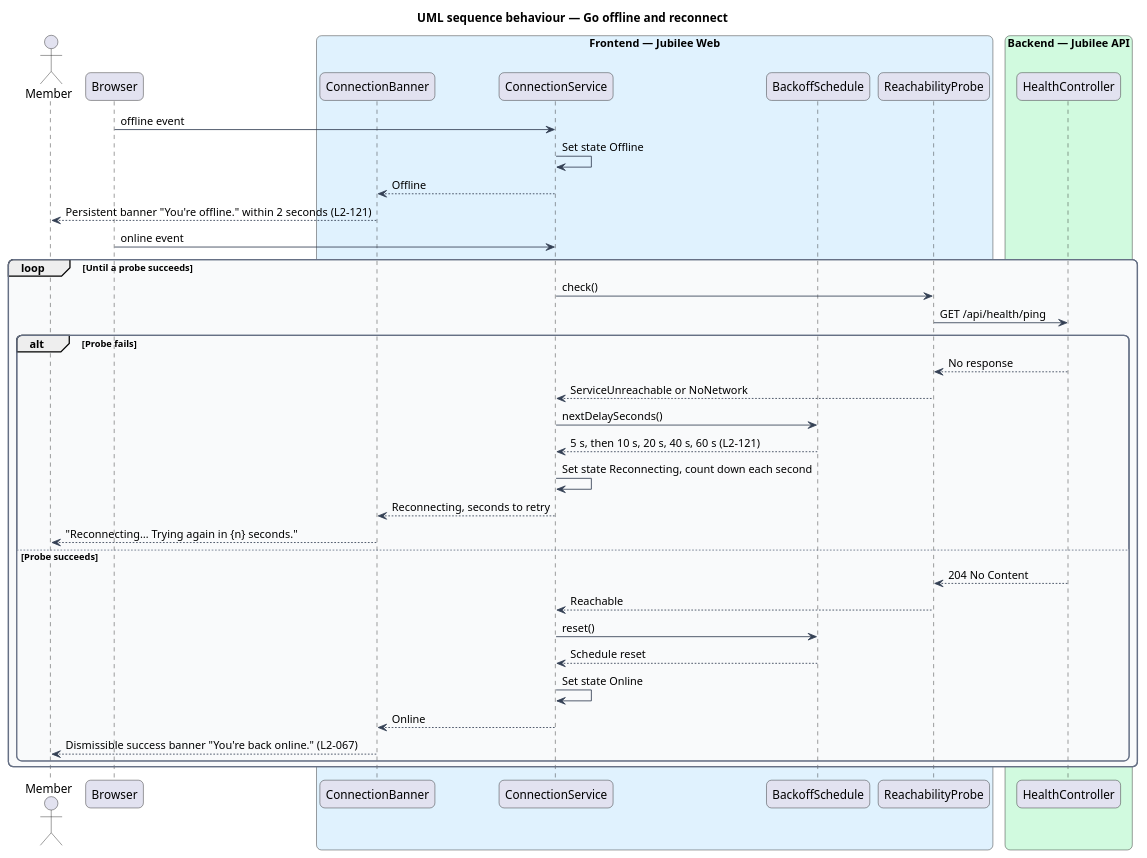
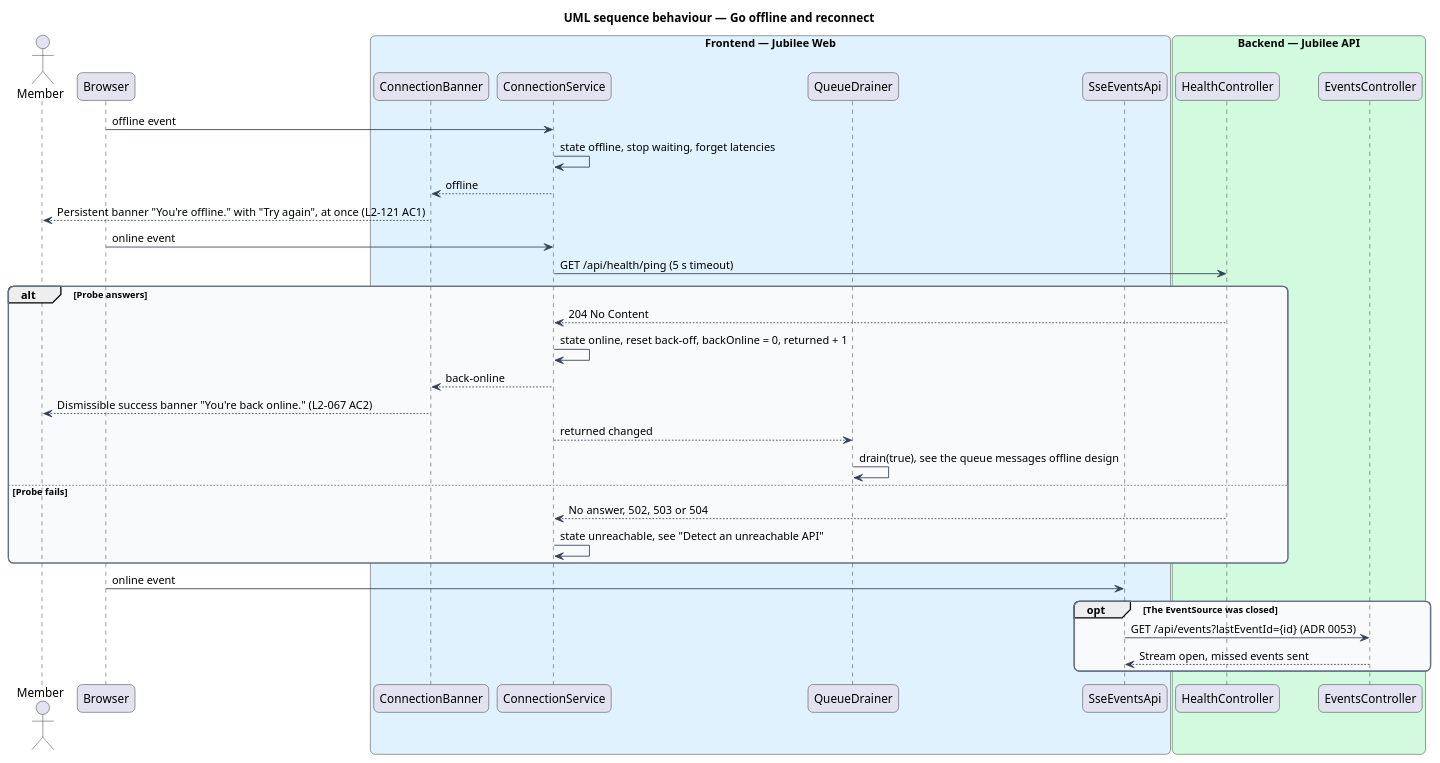
The diagram in docs/detailed-designs/offline/show-connection-state/diagrams/sequence-offline-and-reconnect.puml (QuinntyneBrown/jubilee), drawn with PlantUML before and after one commit. The commit also changed 50 other files, not shown here.

First line of the commit message:
Journey 24: requirements, ADR 0068 and the offline designs as built

```diff
--- a/docs/detailed-designs/offline/show-connection-state/diagrams/sequence-offline-and-reconnect.puml
+++ b/docs/detailed-designs/offline/show-connection-state/diagrams/sequence-offline-and-reconnect.puml
@@ -1,54 +1,51 @@
 @startuml
 title UML sequence behaviour — Go offline and reconnect
 skinparam backgroundColor #FFFFFF
 skinparam shadowing false
 skinparam roundcorner 12
 skinparam defaultFontName Arial
 skinparam ArrowColor #344054
 skinparam rectangle {
   BorderColor #344054
   FontColor #101828
 }
 skinparam package {
   BorderColor #667085
   FontColor #101828
   BackgroundColor #F9FAFB
 }
 actor "Member" as actor
 participant "Browser" as browser
 box "Frontend — Jubilee Web" #E0F2FE
   participant "ConnectionBanner" as banner
   participant "ConnectionService" as conn
-  participant "BackoffSchedule" as backoff
-  participant "ReachabilityProbe" as probe
+  participant "QueueDrainer" as drainer
+  participant "SseEventsApi" as sse
 end box
 box "Backend — Jubilee API" #D1FADF
   participant "HealthController" as health
+  participant "EventsController" as events
 end box
 browser -> conn : offline event
-conn -> conn : Set state Offline
-conn --> banner : Offline
-banner --> actor : Persistent banner "You're offline." within 2 seconds (L2-121)
+conn -> conn : state offline, stop waiting, forget latencies
+conn --> banner : offline
+banner --> actor : Persistent banner "You're offline." with "Try again", at once (L2-121 AC1)
 browser -> conn : online event
-loop Until a probe succeeds
-  conn -> probe : check()
-  probe -> health : GET /api/health/ping
-  alt Probe fails
-    health --> probe : No response
-    probe --> conn : ServiceUnreachable or NoNetwork
-    conn -> backoff : nextDelaySeconds()
-    backoff --> conn : 5 s, then 10 s, 20 s, 40 s, 60 s (L2-121)
-    conn -> conn : Set state Reconnecting, count down each second
-    conn --> banner : Reconnecting, seconds to retry
-    banner --> actor : "Reconnecting… Trying again in {n} seconds."
-  else Probe succeeds
-    health --> probe : 204 No Content
-    probe --> conn : Reachable
-    conn -> backoff : reset()
-    backoff --> conn : Schedule reset
-    conn -> conn : Set state Online
-    conn --> banner : Online
-    banner --> actor : Dismissible success banner "You're back online." (L2-067)
-  end
+conn -> health : GET /api/health/ping (5 s timeout)
+alt Probe answers
+  health --> conn : 204 No Content
+  conn -> conn : state online, reset back-off, backOnline = 0, returned + 1
+  conn --> banner : back-online
+  banner --> actor : Dismissible success banner "You're back online." (L2-067 AC2)
+  conn --> drainer : returned changed
+  drainer -> drainer : drain(true), see the queue messages offline design
+else Probe fails
+  health --> conn : No answer, 502, 503 or 504
+  conn -> conn : state unreachable, see "Detect an unreachable API"
+end
+browser -> sse : online event
+opt The EventSource was closed
+  sse -> events : GET /api/events?lastEventId={id} (ADR 0053)
+  events --> sse : Stream open, missed events sent
 end
 @enduml
```
